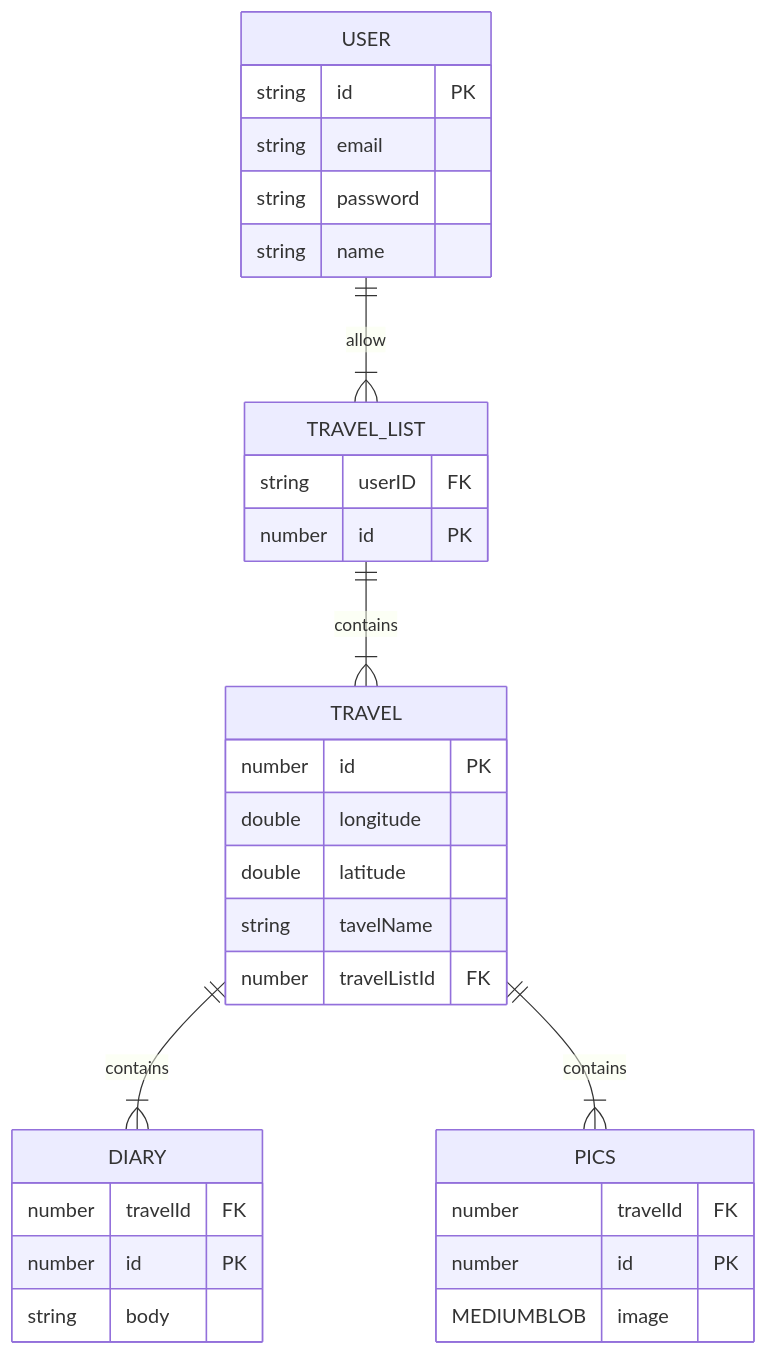
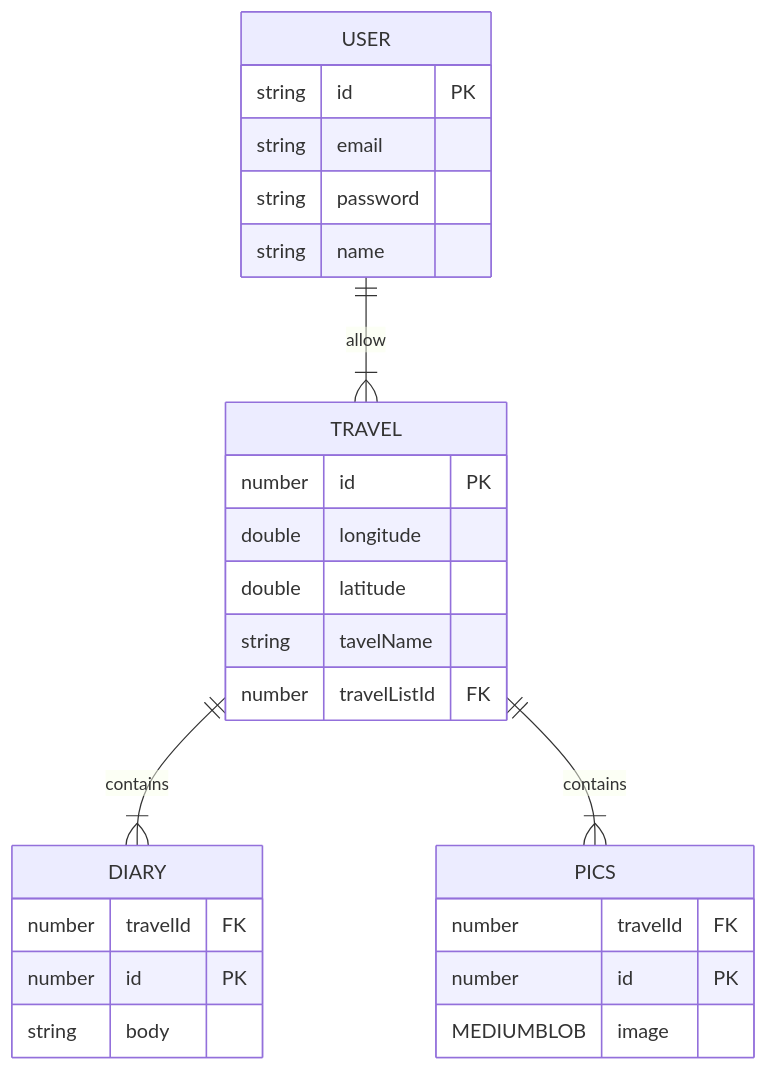
Before and after one commit to KMUlee/nestjs-intertravel: the diagram in README.md, drawn with Mermaid.

````diff
--- a/README.md
+++ b/README.md
@@ -15,40 +15,35 @@
 ```mermaid
 erDiagram
-    USER ||--|{ TRAVEL_LIST : allow
-    TRAVEL_LIST ||--|{ TRAVEL: contains
+    USER ||--|{ TRAVEL : allow
     TRAVEL || -- |{ DIARY : contains
     TRAVEL || -- |{ PICS : contains
 
 
     USER {
       string id PK
       string email
       string password
       string name
     }
 
-    TRAVEL_LIST {
-      string userID FK
-      number id PK
-    }
 
     TRAVEL {
       number id PK
       double longitude
       double latitude
       string tavelName
       number travelListId FK
     }
 
     DIARY {
       number travelId FK
       number id PK
       string body
     }
 
     PICS {
       number travelId FK
       number id PK
       MEDIUMBLOB image
     }
 ```
````
